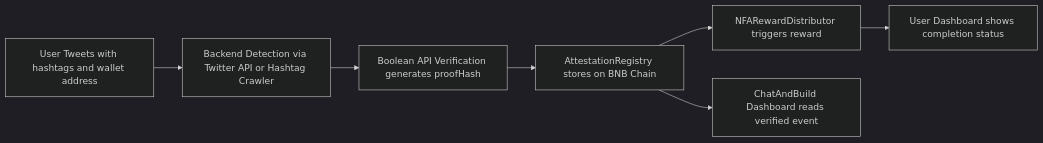
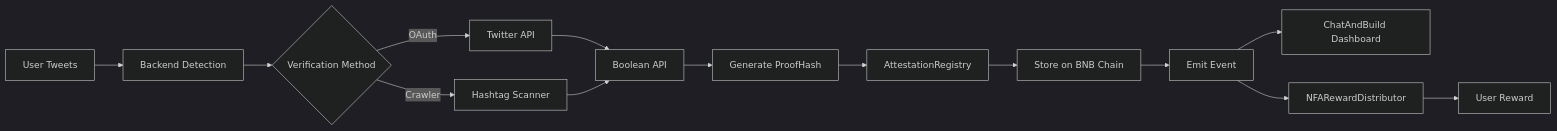
One commit to christelbuchanan/nfa-twitter-verification changed the third of 7 diagrams in README.md. Above: the diagram before and after it, drawn with Mermaid (dark theme). The commit also changed other lines of this file, not shown here.

First line of the commit message:
Revise architecture and verification flow diagrams

````diff
--- a/README.md
+++ b/README.md
@@ -52,9 +72,16 @@
 ```mermaid
 flowchart LR
-    A["User Tweets with hashtags and wallet address"] --> B["Backend Detection via Twitter API or Hashtag Crawler"]
-    B --> C["Boolean API Verification generates proofHash"]
-    C --> D["AttestationRegistry stores on BNB Chain"]
-    D --> E["NFARewardDistributor triggers reward"]
-    D --> F["ChatAndBuild Dashboard reads verified event"]
-    E --> G["User Dashboard shows completion status"]
+    A[User Tweets] --> B[Backend Detection]
+    B --> C{Verification Method}
+    C -->|OAuth| D[Twitter API]
+    C -->|Crawler| E[Hashtag Scanner]
+    D --> F[Boolean API]
+    E --> F
+    F --> G[Generate ProofHash]
+    G --> H[AttestationRegistry]
+    H --> I[Store on BNB Chain]
+    I --> J[Emit Event]
+    J --> K[ChatAndBuild Dashboard]
+    J --> L[NFARewardDistributor]
+    L --> M[User Reward]
 ```
````
